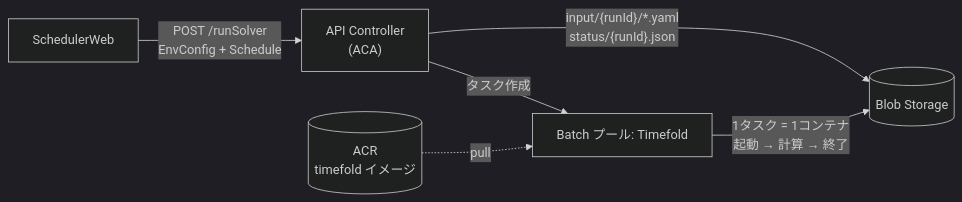
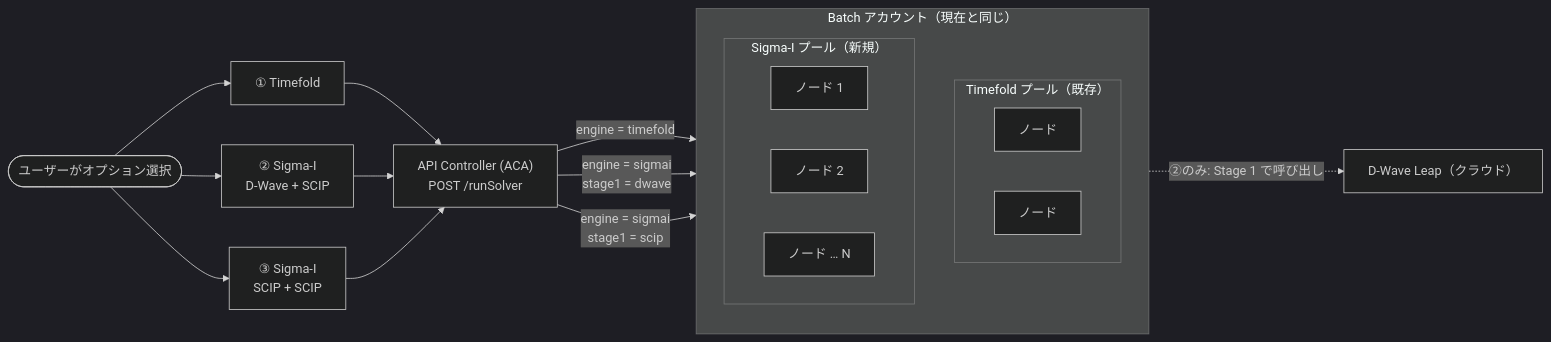
The first of 12 diagrams in SigmaI/SigmaI_Azure_ImplementationPlan20261013(JP).md (WhiTeXCharGe/TF_Testing), drawn with Mermaid (dark theme) before and after one commit. The commit also changed other lines of this file and 2 other files, not shown here.

Commit message:
update implementation plan for sigmaAI

````diff
--- a/SigmaI/SigmaI_Azure_ImplementationPlan20261013(JP).md
+++ b/SigmaI/SigmaI_Azure_ImplementationPlan20261013(JP).md
@@ -14,8 +20,28 @@
 ```mermaid
 flowchart LR
-    W["SchedulerWeb"] -->|"POST /runSolver<br/>EnvConfig + Schedule"| API["API Controller<br/>(ACA)"]
-    API -->|"input/{runId}/*.yaml<br/>status/{runId}.json"| BLOB[("Blob Storage")]
-    API -->|"タスク作成"| TFPOOL["Batch プール: Timefold"]
-    TFPOOL -->|"1タスク = 1コンテナ<br/>起動 → 計算 → 終了"| BLOB
-    ACR[("ACR<br/>timefold イメージ")] -.->|pull| TFPOOL
+    U(["ユーザーがオプション選択"]) --> O1["① Timefold"]
+    U --> O2["② Sigma-I<br/>D-Wave + SCIP"]
+    U --> O3["③ Sigma-I<br/>SCIP + SCIP"]
+
+    O1 --> API["API Controller (ACA)<br/>POST /runSolver"]
+    O2 --> API
+    O3 --> API
+
+    subgraph BA["Batch アカウント（現在と同じ）"]
+        direction TB
+        subgraph TP["Timefold プール（既存）"]
+            TN1["ノード"]
+            TN2["ノード"]
+        end
+        subgraph SP["Sigma-I プール（新規）"]
+            SN1["ノード 1"]
+            SN2["ノード 2"]
+            SN3["ノード … N"]
+        end
+    end
+
+    API -->|"engine = timefold"| TP
+    API -->|"engine = sigmai<br/>stage1 = dwave"| SP
+    API -->|"engine = sigmai<br/>stage1 = scip"| SP
+    SP -.->|"②のみ: Stage 1 で呼び出し"| DW["D-Wave Leap（クラウド）"]
 ```
````
